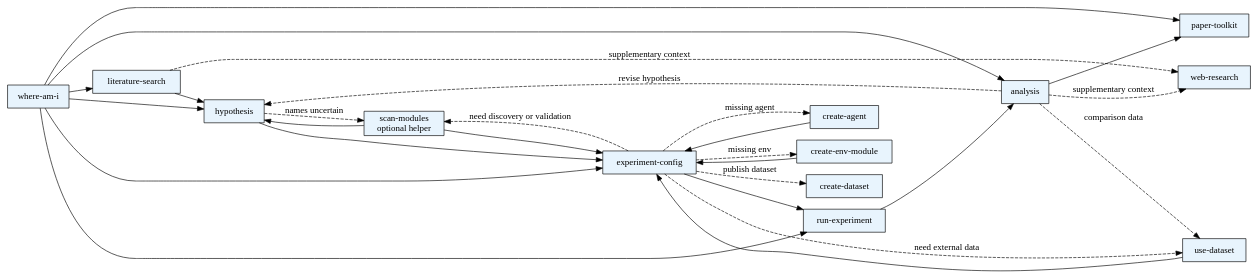
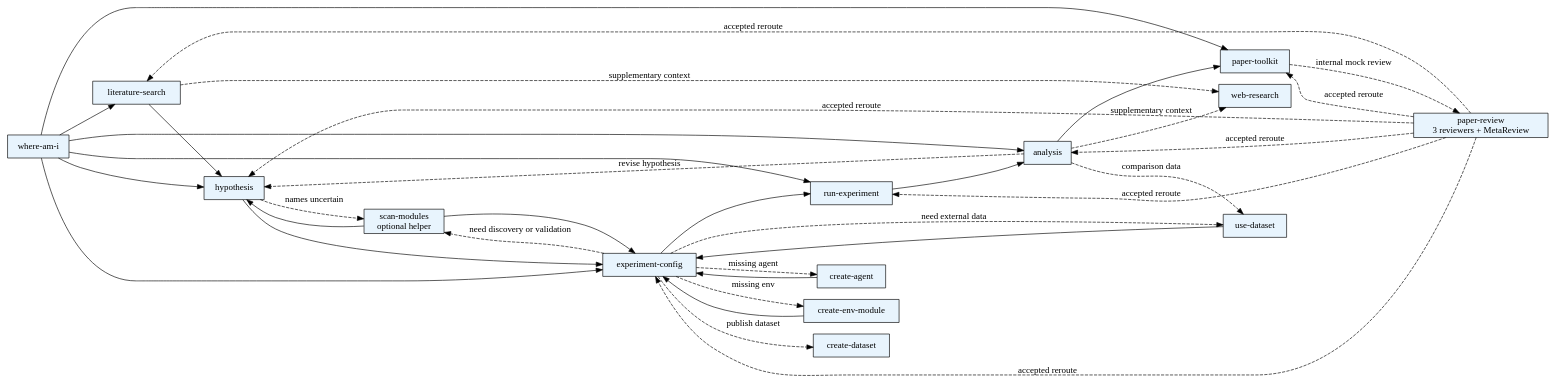
The diagram in extension/skills/agentsociety-research-pipeline/v1.0.0/SKILL.md (jadraketx/AgentSociety), drawn with Graphviz before and after one commit. The commit also changed other lines of this file and 70 other files, not shown here.

Commit message:
feat: harden analysis and paper review workflows

````diff
--- a/extension/skills/agentsociety-research-pipeline/v1.0.0/SKILL.md
+++ b/extension/skills/agentsociety-research-pipeline/v1.0.0/SKILL.md
@@ -116,47 +129,55 @@
 ```dot
 digraph research_pipeline {
     rankdir=LR;
     node [shape=box, style=filled, fillcolor="#E8F4FD"];
     decide [label="where-am-i"];
     lit [label="literature-search"];
     hypo [label="hypothesis"];
     scan [label="scan-modules\noptional helper"];
     exp [label="experiment-config"];
     run [label="run-experiment"];
     analysis [label="analysis"];
     paper [label="paper-toolkit"];
+    review [label="paper-review\n3 reviewers + MetaReview"];
     agent [label="create-agent"];
     env [label="create-env-module"];
     create_ds [label="create-dataset"];
     use_ds [label="use-dataset"];
     web [label="web-research"];
 
     decide -> lit;
     decide -> hypo;
     decide -> exp;
     decide -> run;
     decide -> analysis;
     decide -> paper;
 
     lit -> hypo;
     lit -> web [style=dashed, label="supplementary context"];
     hypo -> scan [style=dashed, label="names uncertain"];
     scan -> hypo;
     hypo -> exp;
     exp -> scan [style=dashed, label="need discovery or validation"];
     scan -> exp;
     exp -> agent [style=dashed, label="missing agent"];
     agent -> exp;
     exp -> env [style=dashed, label="missing env"];
     env -> exp;
     exp -> create_ds [style=dashed, label="publish dataset"];
     exp -> use_ds [style=dashed, label="need external data"];
     use_ds -> exp;
     exp -> run;
     run -> analysis;
     analysis -> paper;
+    paper -> review [style=dashed, label="internal mock review"];
+    review -> lit [style=dashed, label="accepted reroute"];
+    review -> hypo [style=dashed, label="accepted reroute"];
+    review -> exp [style=dashed, label="accepted reroute"];
+    review -> run [style=dashed, label="accepted reroute"];
+    review -> analysis [style=dashed, label="accepted reroute"];
+    review -> paper [style=dashed, label="accepted reroute"];
     analysis -> hypo [style=dashed, label="revise hypothesis"];
     analysis -> use_ds [style=dashed, label="comparison data"];
     analysis -> web [style=dashed, label="supplementary context"];
 }
 ```
````
